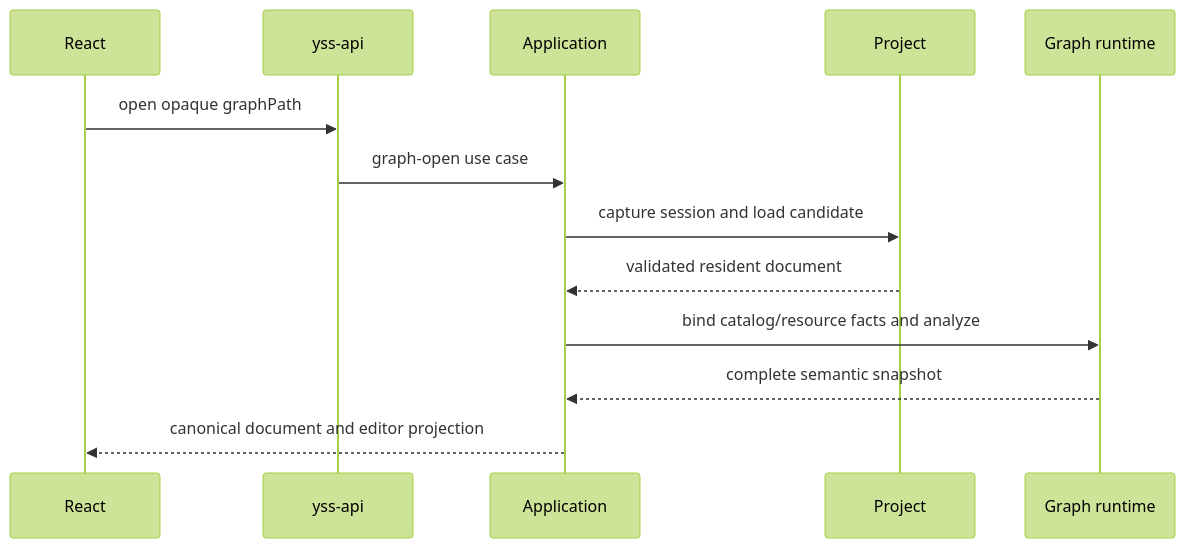
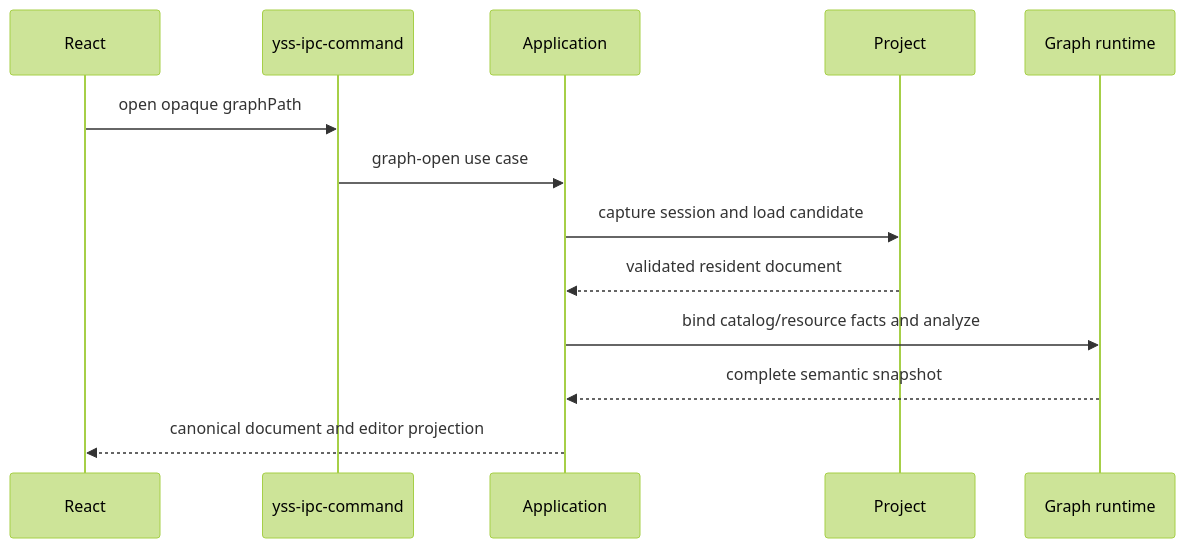
One commit to zhouyi207/YssBI changed the second of 2 diagrams in docs/architecture/ARCHITECTURE.md. Above: the diagram before and after it, drawn with Mermaid (forest theme). The commit also changed other lines of this file and 14 other files, not shown here.

````diff
--- a/docs/architecture/ARCHITECTURE.md
+++ b/docs/architecture/ARCHITECTURE.md
@@ -137,15 +145,15 @@
 ```mermaid
 sequenceDiagram
   participant UI as React
-  participant API as yss-api
+  participant API as yss-ipc-command
   participant APP as Application
   participant P as Project
   participant G as Graph runtime
   UI->>API: open opaque graphPath
   API->>APP: graph-open use case
   APP->>P: capture session and load candidate
   P-->>APP: validated resident document
   APP->>G: bind catalog/resource facts and analyze
   G-->>APP: complete semantic snapshot
   APP-->>UI: canonical document and editor projection
 ```
````
